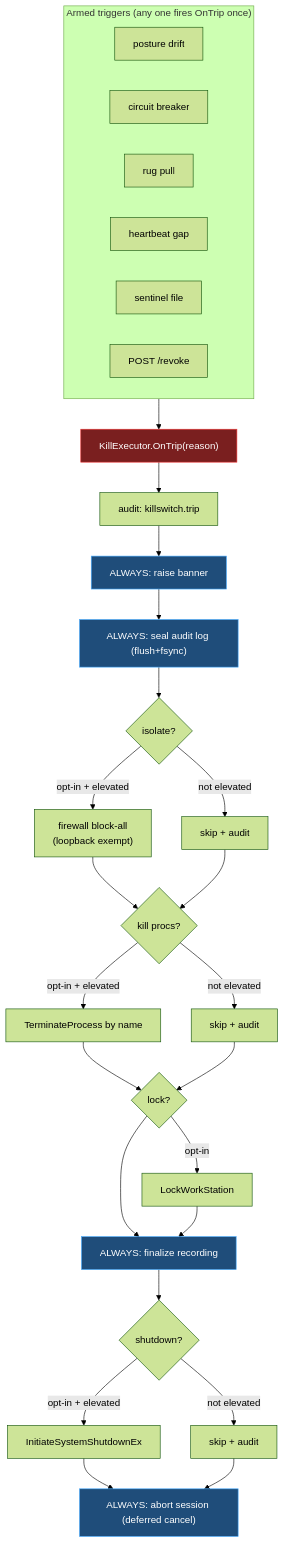
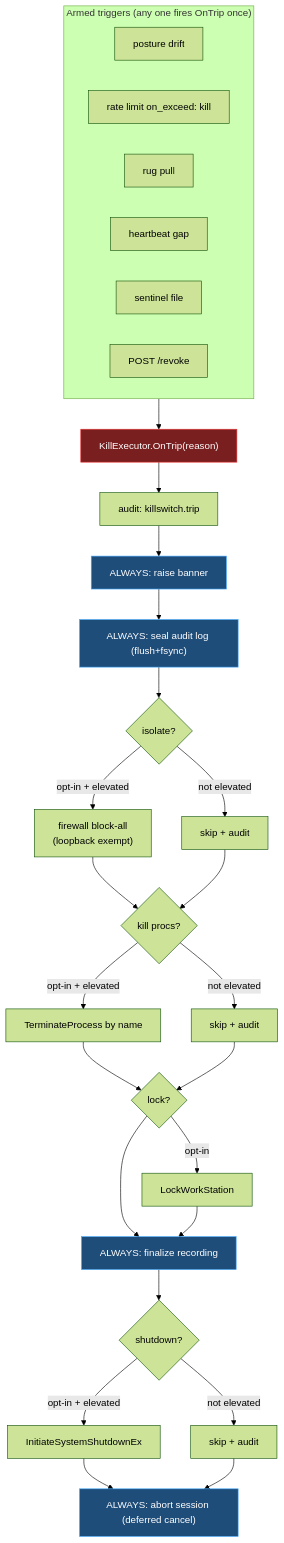
The sixth of 8 diagrams in docs/security-architecture.md (deploymenttheory/windows-mcp-server), drawn with Mermaid (forest theme) before and after one commit. The commit also changed other lines of this file and 22 other files, not shown here.

````diff
--- a/docs/security-architecture.md
+++ b/docs/security-architecture.md
@@ -296,40 +299,40 @@
 ```mermaid
 flowchart TB
     subgraph TRIG["Armed triggers (any one fires OnTrip once)"]
         direction LR
         t1["posture drift"]
-        t2["circuit breaker"]
+        t2["rate limit on_exceed: kill"]
         t3["rug pull"]
         t4["heartbeat gap"]
         t5["sentinel file"]
         t6["POST /revoke"]
     end
 
     TRIG --> OT["KillExecutor.OnTrip(reason)"]
 
     OT --> A1["audit: killswitch.trip"]
     A1 --> A2["ALWAYS: raise banner"]
     A2 --> A3["ALWAYS: seal audit log (flush+fsync)"]
     A3 --> E1{"isolate?"}
     E1 -->|"opt-in + elevated"| I["firewall block-all<br/>(loopback exempt)"]
     E1 -->|"not elevated"| Sk1["skip + audit"]
     I --> E2{"kill procs?"}
     Sk1 --> E2
     E2 -->|"opt-in + elevated"| KP["TerminateProcess by name"]
     E2 -->|"not elevated"| Sk2["skip + audit"]
     KP --> E3{"lock?"}
     Sk2 --> E3
     E3 -->|"opt-in"| LK["LockWorkStation"]
     E3 --> F["ALWAYS: finalize recording"]
     LK --> F
     F --> E4{"shutdown?"}
     E4 -->|"opt-in + elevated"| SD["InitiateSystemShutdownEx"]
     E4 -->|"not elevated"| Sk3["skip + audit"]
     SD --> AB["ALWAYS: abort session (deferred cancel)"]
     Sk3 --> AB
 
     classDef always fill:#1f4d7a,stroke:#4af,color:#fff;
     classDef kill fill:#7a1f1f,stroke:#e33,color:#fff;
     class A2,A3,F,AB always;
     class OT kill;
 ```
````
